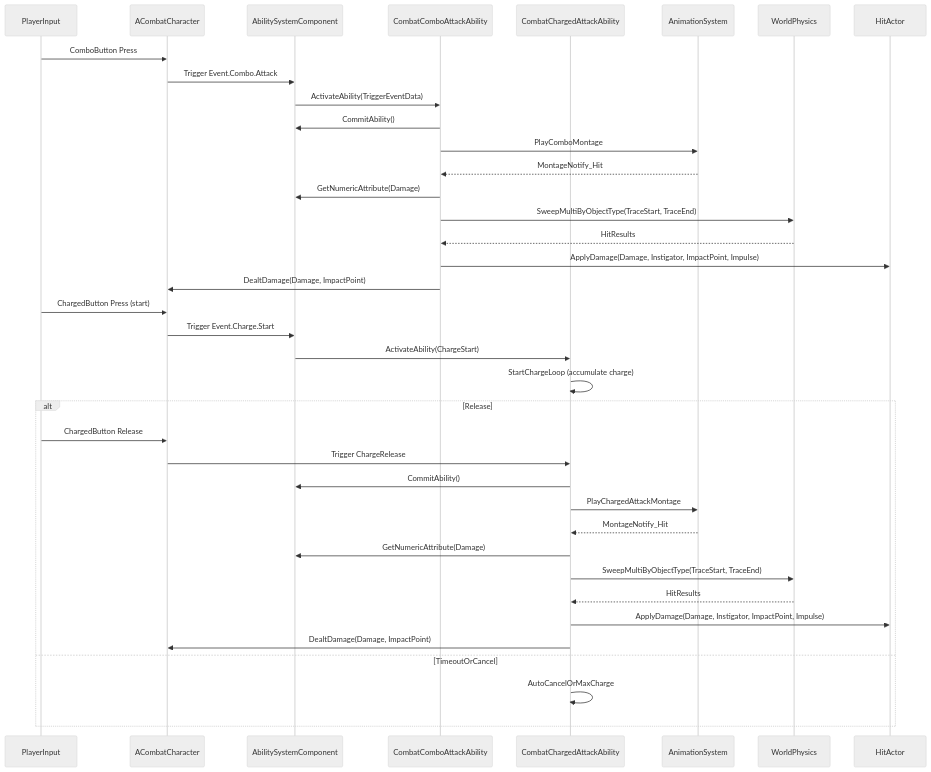
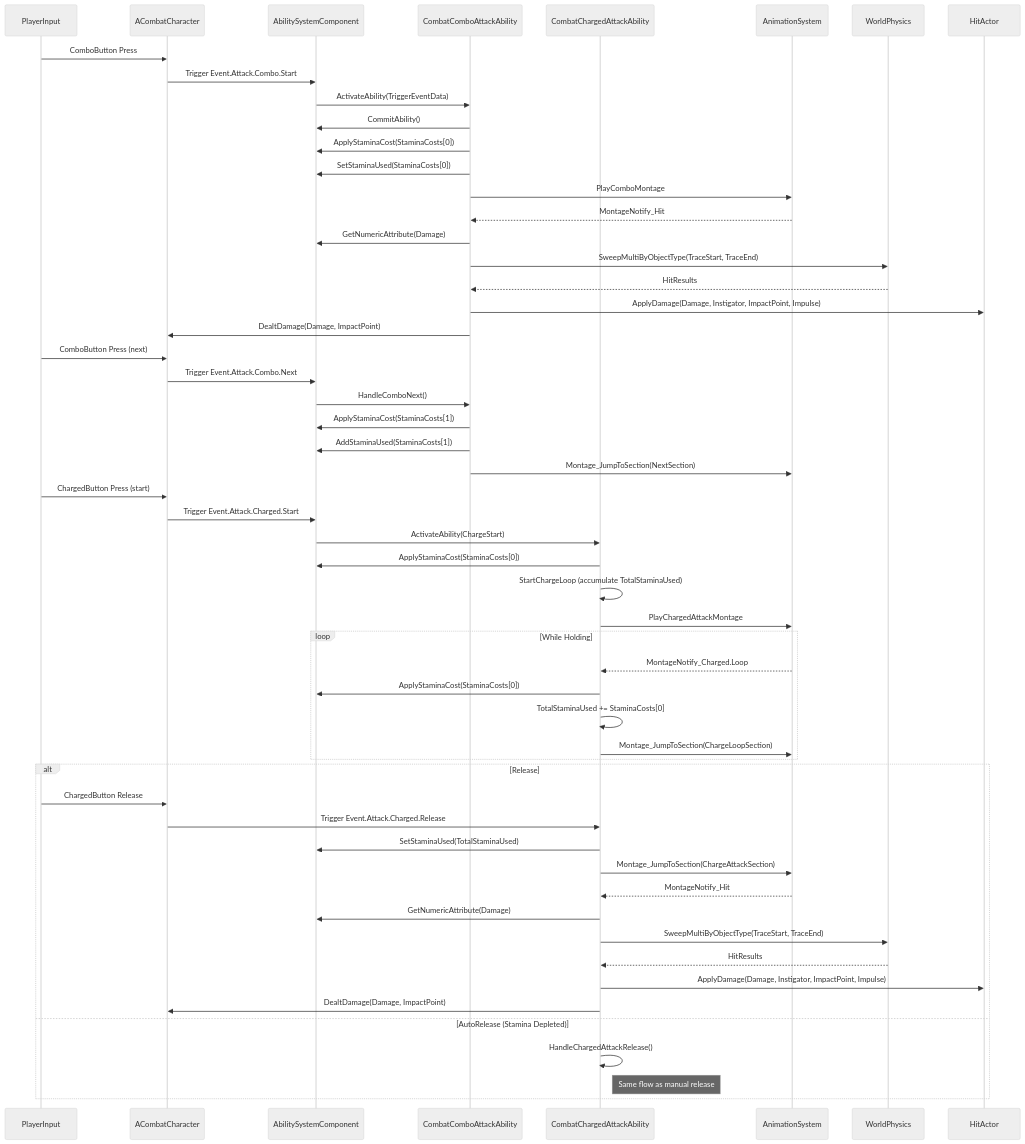
One commit to ngmitam/OptimizedGASDemo changed the third of 5 diagrams in docs/GAS_SEQUENCE.md. Above: the diagram before and after it, drawn with Mermaid (neutral theme). The commit also changed other lines of this file and 59 other files, not shown here.

````diff
--- a/docs/GAS_SEQUENCE.md
+++ b/docs/GAS_SEQUENCE.md
@@ -52,44 +54,61 @@
 ```mermaid
 sequenceDiagram
     participant Player as PlayerInput
     participant Char as ACombatCharacter
     participant ASC as AbilitySystemComponent
     participant Combo as CombatComboAttackAbility
     participant Charged as CombatChargedAttackAbility
     participant Anim as AnimationSystem
     participant World as WorldPhysics
     participant Target as HitActor
 
     %% Combo attack flow (quick presses)
     Player->>Char: ComboButton Press
-    Char->>ASC: Trigger Event.Combo.Attack
+    Char->>ASC: Trigger Event.Attack.Combo.Start
     ASC->>Combo: ActivateAbility(TriggerEventData)
     Combo->>ASC: CommitAbility()
+    Combo->>ASC: ApplyStaminaCost(StaminaCosts[0])
+    Combo->>ASC: SetStaminaUsed(StaminaCosts[0])
     Combo->>Anim: PlayComboMontage
     Anim-->>Combo: MontageNotify_Hit
     Combo->>ASC: GetNumericAttribute(Damage)
     Combo->>World: SweepMultiByObjectType(TraceStart, TraceEnd)
     World-->>Combo: HitResults
     Combo->>Target: ApplyDamage(Damage, Instigator, ImpactPoint, Impulse)
     Combo->>Char: DealtDamage(Damage, ImpactPoint)
+    Player->>Char: ComboButton Press (next)
+    Char->>ASC: Trigger Event.Attack.Combo.Next
+    ASC->>Combo: HandleComboNext()
+    Combo->>ASC: ApplyStaminaCost(StaminaCosts[1])
+    Combo->>ASC: AddStaminaUsed(StaminaCosts[1])
+    Combo->>Anim: Montage_JumpToSection(NextSection)
 
     %% Charged attack flow (press and hold)
     Player->>Char: ChargedButton Press (start)
-    Char->>ASC: Trigger Event.Charge.Start
+    Char->>ASC: Trigger Event.Attack.Charged.Start
     ASC->>Charged: ActivateAbility(ChargeStart)
-    Charged->>Charged: StartChargeLoop (accumulate charge)
+    Charged->>ASC: ApplyStaminaCost(StaminaCosts[0])
+    Charged->>Charged: StartChargeLoop (accumulate TotalStaminaUsed)
+    Charged->>Anim: PlayChargedAttackMontage
+    loop While Holding
+        Anim-->>Charged: MontageNotify_Charged.Loop
+        Charged->>ASC: ApplyStaminaCost(StaminaCosts[0])
+        Charged->>Charged: TotalStaminaUsed += StaminaCosts[0]
+        Charged->>Anim: Montage_JumpToSection(ChargeLoopSection)
+    end
     alt Release
         Player->>Char: ChargedButton Release
-        Char->>Charged: Trigger ChargeRelease
-        Charged->>ASC: CommitAbility()
-        Charged->>Anim: PlayChargedAttackMontage
+        Char->>Charged: Trigger Event.Attack.Charged.Release
+        Charged->>ASC: SetStaminaUsed(TotalStaminaUsed)
+        Charged->>Anim: Montage_JumpToSection(ChargeAttackSection)
         Anim-->>Charged: MontageNotify_Hit
         Charged->>ASC: GetNumericAttribute(Damage)
         Charged->>World: SweepMultiByObjectType(TraceStart, TraceEnd)
         World-->>Charged: HitResults
         Charged->>Target: ApplyDamage(Damage, Instigator, ImpactPoint, Impulse)
         Charged->>Char: DealtDamage(Damage, ImpactPoint)
-    else TimeoutOrCancel
-        Charged->>Charged: AutoCancelOrMaxCharge
+    else AutoRelease (Stamina Depleted)
+        Charged->>Charged: HandleChargedAttackRelease()
+        Note right of Charged: Same flow as manual release
     end
 ```
````
